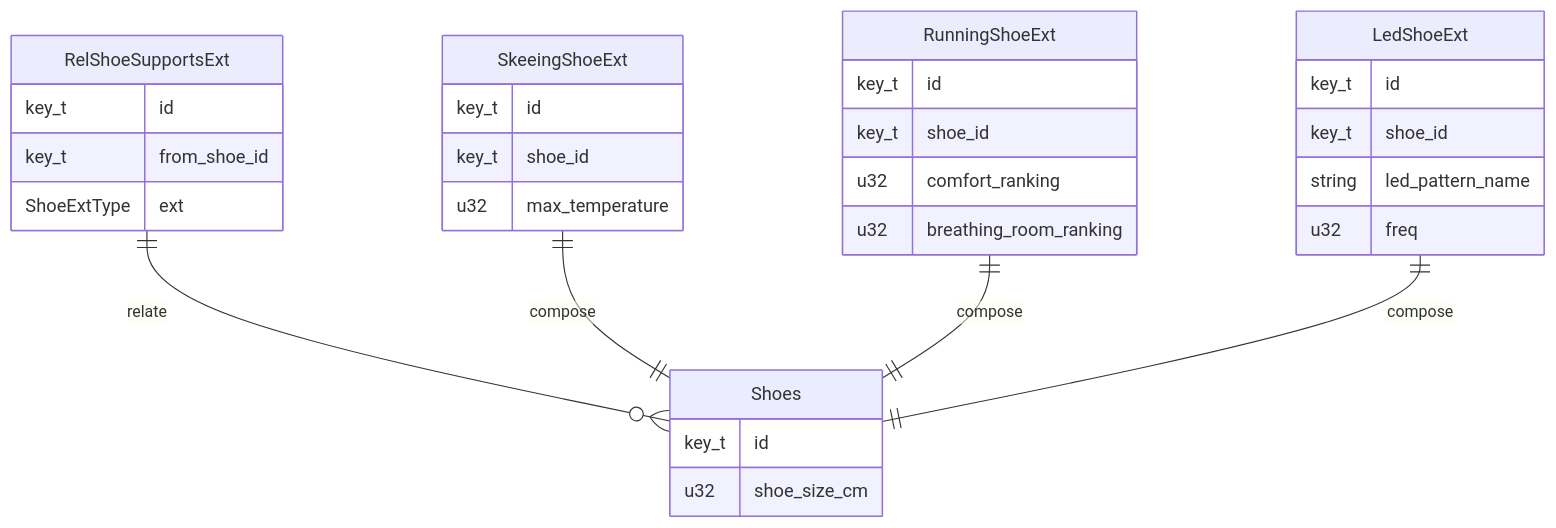
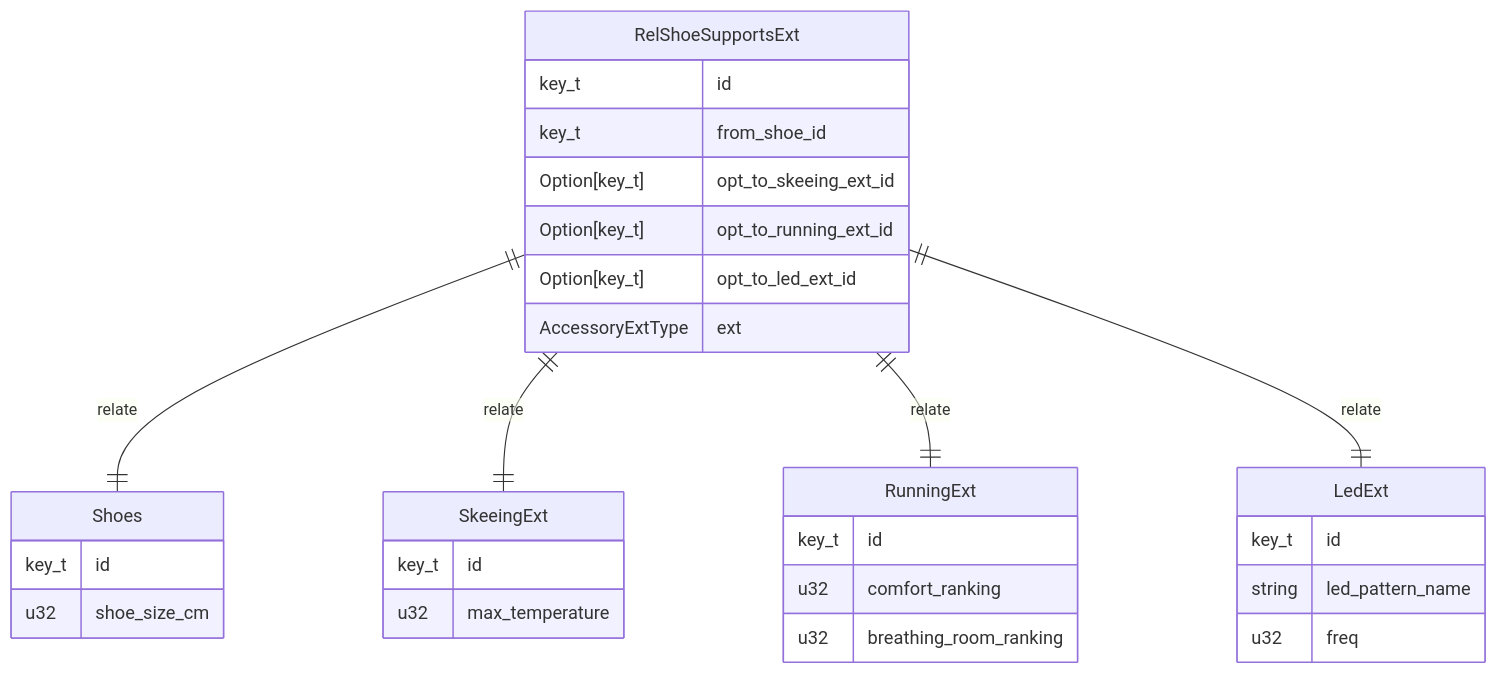
Before and after one commit to deltatraced/delta-trace: the third of 3 diagrams in lan/projects/2025/000 dbmint/entries/2025/002 Designing dbmt generated rust library interface.md, drawn with Mermaid. The commit also changed other lines of this file and 2 other files, not shown here.

````diff
--- a/lan/projects/2025/000 dbmint/entries/2025/002 Designing dbmt generated rust library interface.md
+++ b/lan/projects/2025/000 dbmint/entries/2025/002 Designing dbmt generated rust library interface.md
@@ -87,38 +147,38 @@
 ```mermaid
 erDiagram
 	Shoes {
 		key_t id
 		u32 shoe_size_cm
 	}
 	
 	RelShoeSupportsExt {
 		key_t id
 		key_t from_shoe_id
-		ShoeExtType ext
+		Option[key_t] opt_to_skeeing_ext_id
+		Option[key_t] opt_to_running_ext_id
+		Option[key_t] opt_to_led_ext_id
+		AccessoryExtType ext
 	}
 	
-	SkeeingShoeExt {
+	SkeeingExt {
 		key_t id
-		key_t shoe_id
 		u32 max_temperature
 	}
 	
-	RunningShoeExt {
+	RunningExt {
 		key_t id
-		key_t shoe_id
 		u32 comfort_ranking
 		u32 breathing_room_ranking
 	}
 	
-	LedShoeExt {
+	LedExt {
 		key_t id
-		key_t shoe_id
 		string led_pattern_name
 		u32 freq
 	}
 	
-	RelShoeSupportsExt ||--o{ Shoes : relate
-	SkeeingShoeExt ||--|| Shoes : compose
-	RunningShoeExt ||--|| Shoes : compose
-	LedShoeExt ||--|| Shoes : compose
+	RelShoeSupportsExt ||--|| Shoes : relate
+	RelShoeSupportsExt ||--|| SkeeingExt : relate
+	RelShoeSupportsExt ||--|| RunningExt : relate
+	RelShoeSupportsExt ||--|| LedExt : relate
 ```
````
